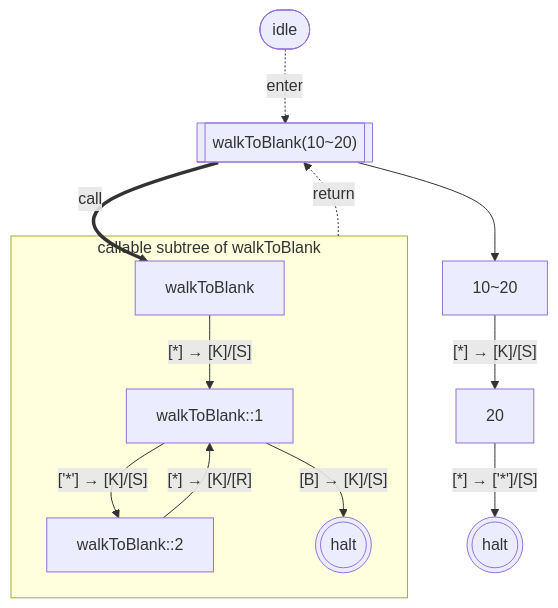
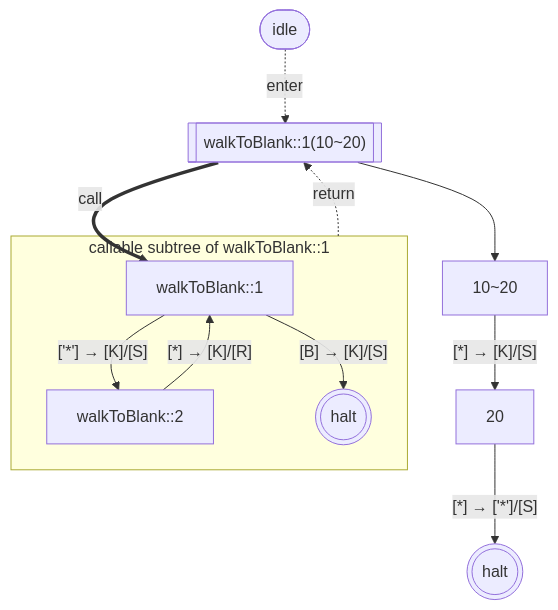
One commit to mellonis/post-machine-js changed the fifth of 5 diagrams in packages/machine/README.md. Above: the diagram before and after it, drawn with Mermaid. The commit also changed other lines of this file and 12 other files, not shown here.

````diff
--- a/packages/machine/README.md
+++ b/packages/machine/README.md
@@ -506,25 +506,23 @@
 ```mermaid
 flowchart TD
 %% alphabets: [[" ","*"]]
   s0(((halt)))
-  s7["10~20"]
-  s9["20"]
-  s8[["walkToBlank(10~20)"]]
+  s6["10~20"]
+  s8["20"]
+  s7[["walkToBlank::1(10~20)"]]
   idle([idle])
-  subgraph w_4["callable subtree of walkToBlank"]
-    s4["walkToBlank"]
-    s5["walkToBlank::1"]
-    s6["walkToBlank::2"]
+  subgraph w_4["callable subtree of walkToBlank::1"]
+    s4["walkToBlank::1"]
+    s5["walkToBlank::2"]
     c4(((halt)))
   end
-  idle -. enter .-> s8
-  s8 == "call" ==> s4
-  w_4 -. "return" .-> s8
-  s8 --> s7
-  s4 -- "[*] → [K]/[S]" --> s5
-  s5 -- "['*'] → [K]/[S]" --> s6
-  s5 -- "[B] → [K]/[S]" --> c4
-  s6 -- "[*] → [K]/[R]" --> s5
-  s7 -- "[*] → [K]/[S]" --> s9
-  s9 -- "[*] → ['*']/[S]" --> s0
+  idle -. enter .-> s7
+  s7 == "call" ==> s4
+  w_4 -. "return" .-> s7
+  s7 --> s6
+  s4 -- "['*'] → [K]/[S]" --> s5
+  s4 -- "[B] → [K]/[S]" --> c4
+  s5 -- "[*] → [K]/[R]" --> s4
+  s6 -- "[*] → [K]/[S]" --> s8
+  s8 -- "[*] → ['*']/[S]" --> s0
 ```
````
